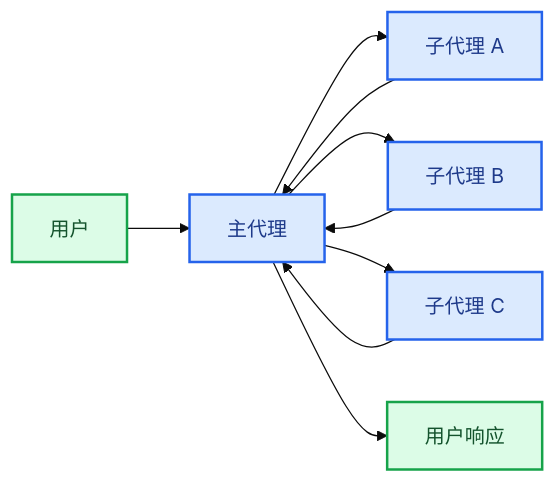
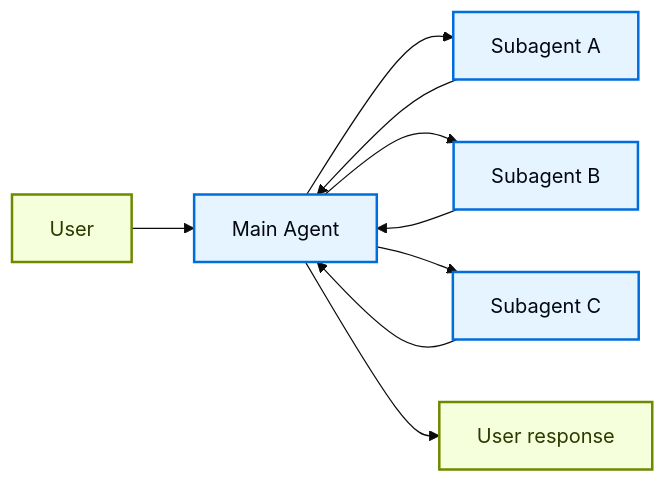
One commit to kunfan96/cndocs-langchain changed the first of 5 diagrams in oss/python/langchain/multi-agent/subagents.mdx. Above: the diagram before and after it, drawn with Mermaid (base theme). The commit also changed other lines of this file and 2538 other files, not shown here.

````diff
--- a/oss/python/langchain/multi-agent/subagents.mdx
+++ b/oss/python/langchain/multi-agent/subagents.mdx
@@ -7,17 +7,17 @@
 ```mermaid
 graph LR
-    A[用户] --> B[主代理]
-    B --> C[子代理 A]
-    B --> D[子代理 B]
-    B --> E[子代理 C]
+    A[User] --> B[Main Agent]
+    B --> C[Subagent A]
+    B --> D[Subagent B]
+    B --> E[Subagent C]
     C --> B
     D --> B
     E --> B
-    B --> F[用户响应]
+    B --> F[User response]
 
-    classDef trigger fill:#DCFCE7,stroke:#16A34A,stroke-width:2px,color:#14532D
-    classDef process fill:#DBEAFE,stroke:#2563EB,stroke-width:2px,color:#1E3A8A
+    classDef trigger fill:#F6FFDB,stroke:#6E8900,stroke-width:2px,color:#2E3900
+    classDef process fill:#E5F4FF,stroke:#006DDD,stroke-width:2px,color:#030710
 
     class A,F trigger
     class B,C,D,E process
 ```
````
